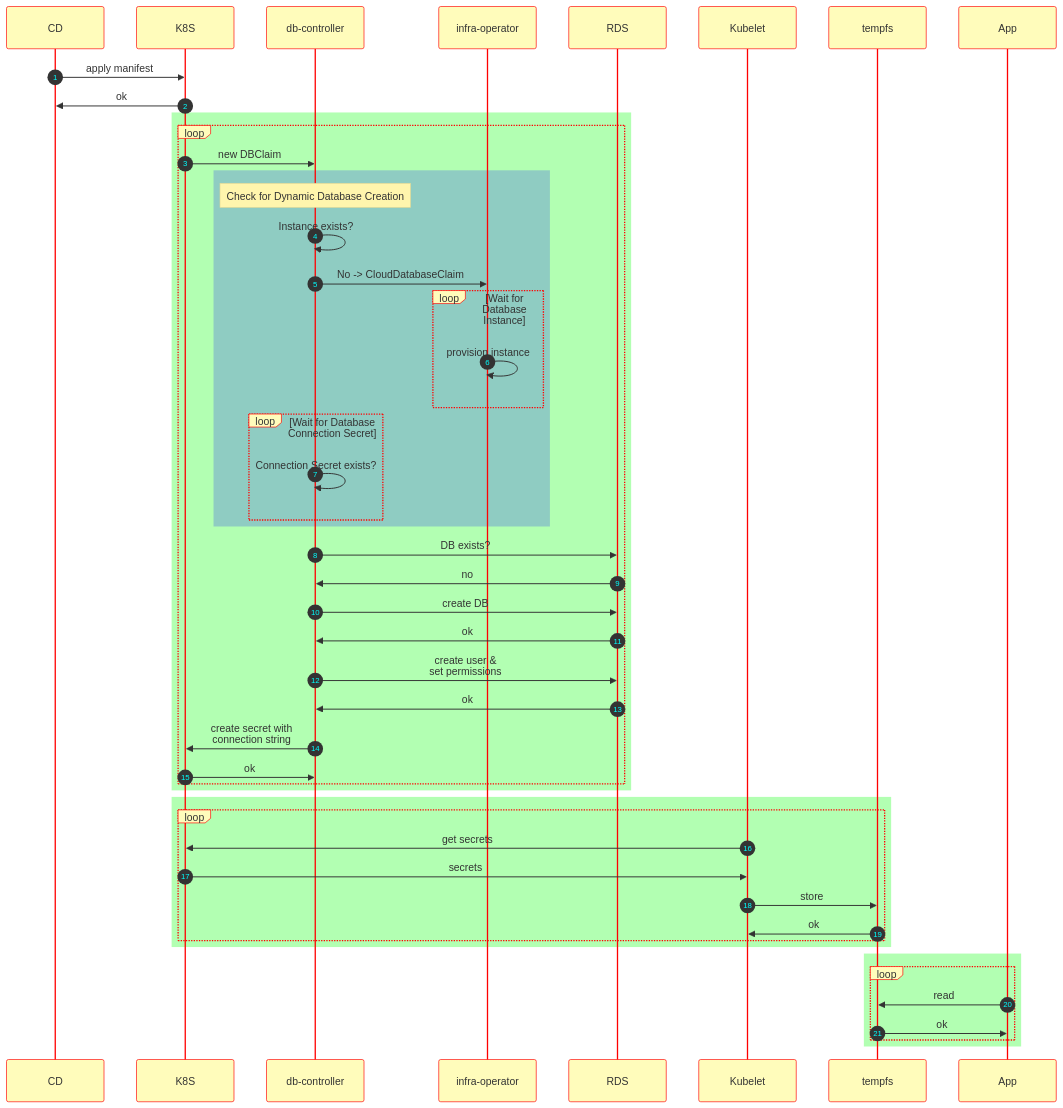
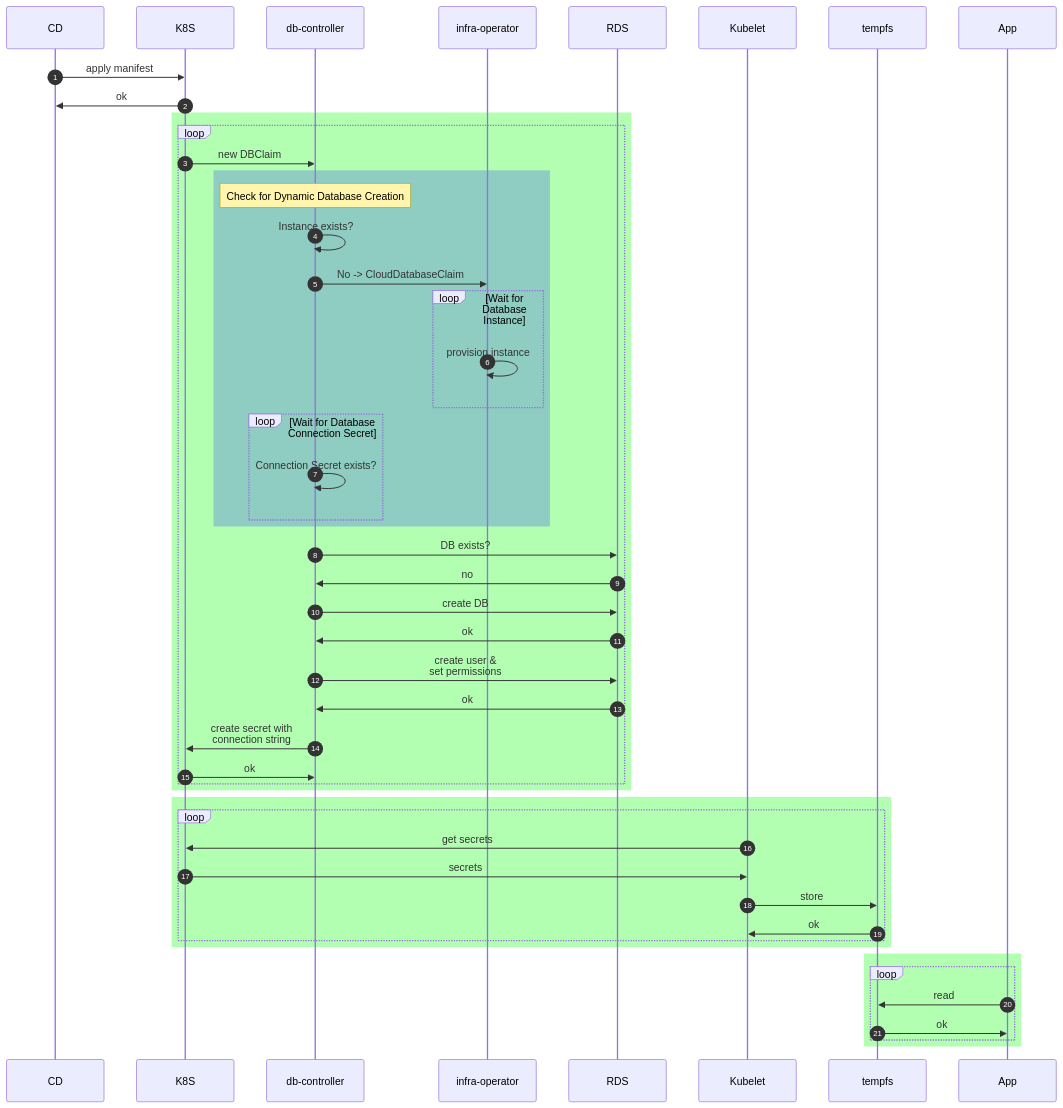
The first of 8 diagrams in docs/index.md (infobloxopen/db-controller), drawn with Mermaid before and after one commit. The commit also changed other lines of this file, not shown here.

Commit message:
updated styling

````diff
--- a/docs/index.md
+++ b/docs/index.md
@@ -80,45 +80,44 @@
 ```mermaid
-%%{init: {'theme': 'base', 'themeVariables': { 'primaryColor': '#fffcbb', 'fontFamily': 'aerial', 'fontSize': '50px', 'lineColor': '#ff0000', 'primaryBorderColor': '#ff0000'}}}%%
   sequenceDiagram
     autonumber
     CD ->> K8S: apply manifest
     K8S ->> CD: ok
     rect rgb(0, 255, 0, .3)
         loop
             K8S->>db-controller: new DBClaim
             rect rgba(0, 0, 255, .2)
                 Note over db-controller: Check for Dynamic Database Creation 
                 db-controller->>db-controller: Instance exists?
                 db-controller->>infra-operator: No -> CloudDatabaseClaim
                 loop Wait for Database Instance
                     infra-operator->>infra-operator: provision instance
                 end
                 loop Wait for Database Connection Secret
                     db-controller->>db-controller: Connection Secret exists?
                 end
             end
             db-controller->>RDS: DB exists?
             RDS->>db-controller: no
             db-controller->>RDS: create DB
             RDS->>db-controller: ok
             db-controller->>RDS: create user &<br/> set permissions
             RDS->>db-controller: ok
             db-controller->>K8S: create secret with<br/> connection string
             K8S->>db-controller: ok
         end
     end
     rect rgb(0, 255, 0, .3)
         loop
             Kubelet->>K8S: get secrets
             K8S->>Kubelet: secrets
             Kubelet->>tempfs: store
             tempfs->>Kubelet: ok
         end
     end
     rect rgb(0, 255, 0, .3)
         loop
             App->>tempfs: read
             tempfs->>App: ok
         end
     end
 ```
````
